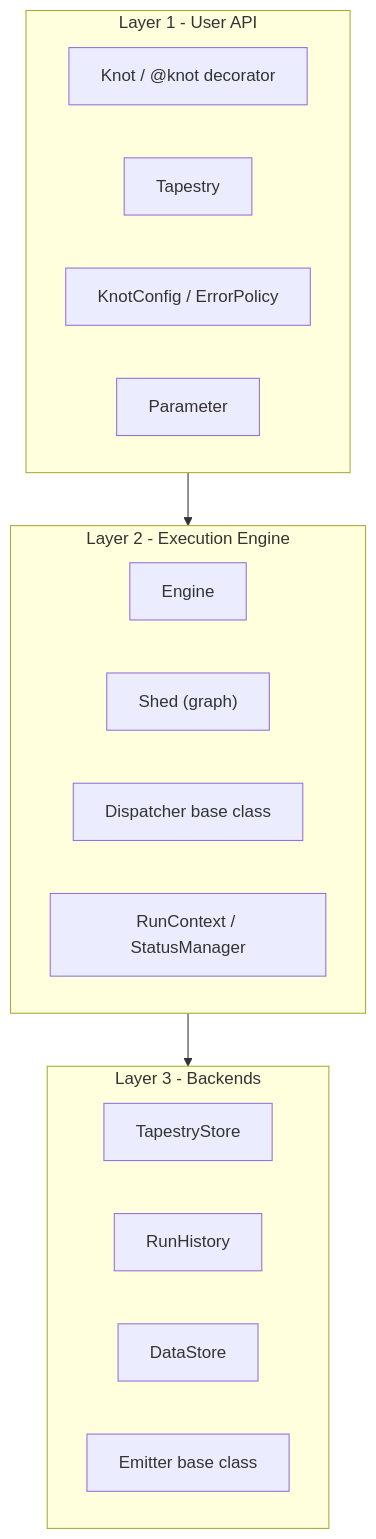
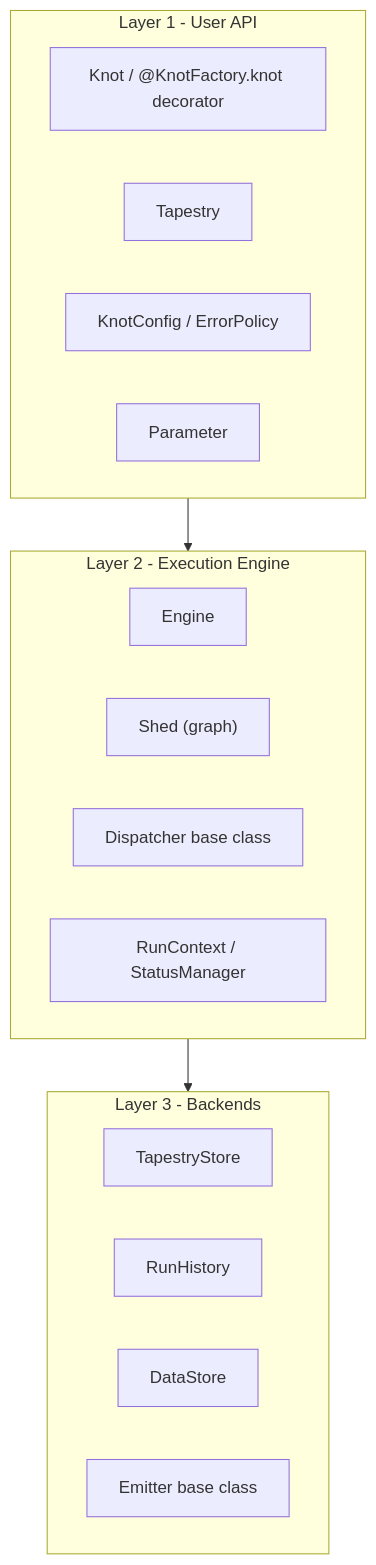
Before and after one commit to snoodleboot-io/pirn: the first of 2 diagrams in docs/architecture/overview.md, drawn with Mermaid. The commit also changed other lines of this file and 775 other files, not shown here.

````diff
--- a/docs/architecture/overview.md
+++ b/docs/architecture/overview.md
@@ -14,26 +14,26 @@
 ```mermaid
 graph TD
     subgraph L1[Layer 1 - User API]
-        Knot["Knot / @knot decorator"]
+        Knot["Knot / @KnotFactory.knot decorator"]
         Tap["Tapestry"]
         Cfg["KnotConfig / ErrorPolicy"]
         Param["Parameter"]
     end
 
     subgraph L2[Layer 2 - Execution Engine]
         Engine["Engine"]
         Shed["Shed (graph)"]
         Dispatcher["Dispatcher base class"]
         RunCtx["RunContext / StatusManager"]
     end
 
     subgraph L3[Layer 3 - Backends]
         TapStore["TapestryStore"]
         History["RunHistory"]
         DataSt["DataStore"]
         Emitter["Emitter base class"]
     end
 
     L1 --> L2
     L2 --> L3
 ```
````
